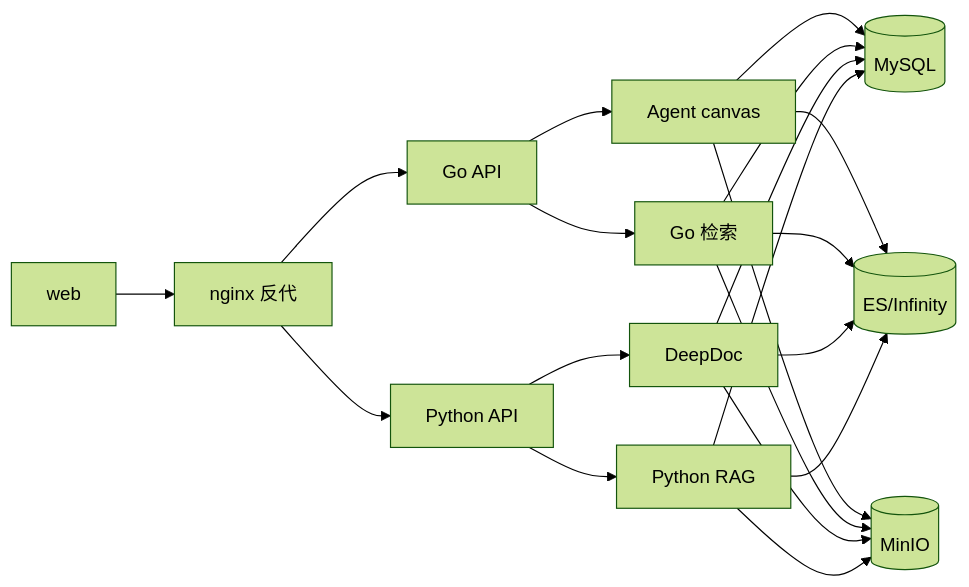
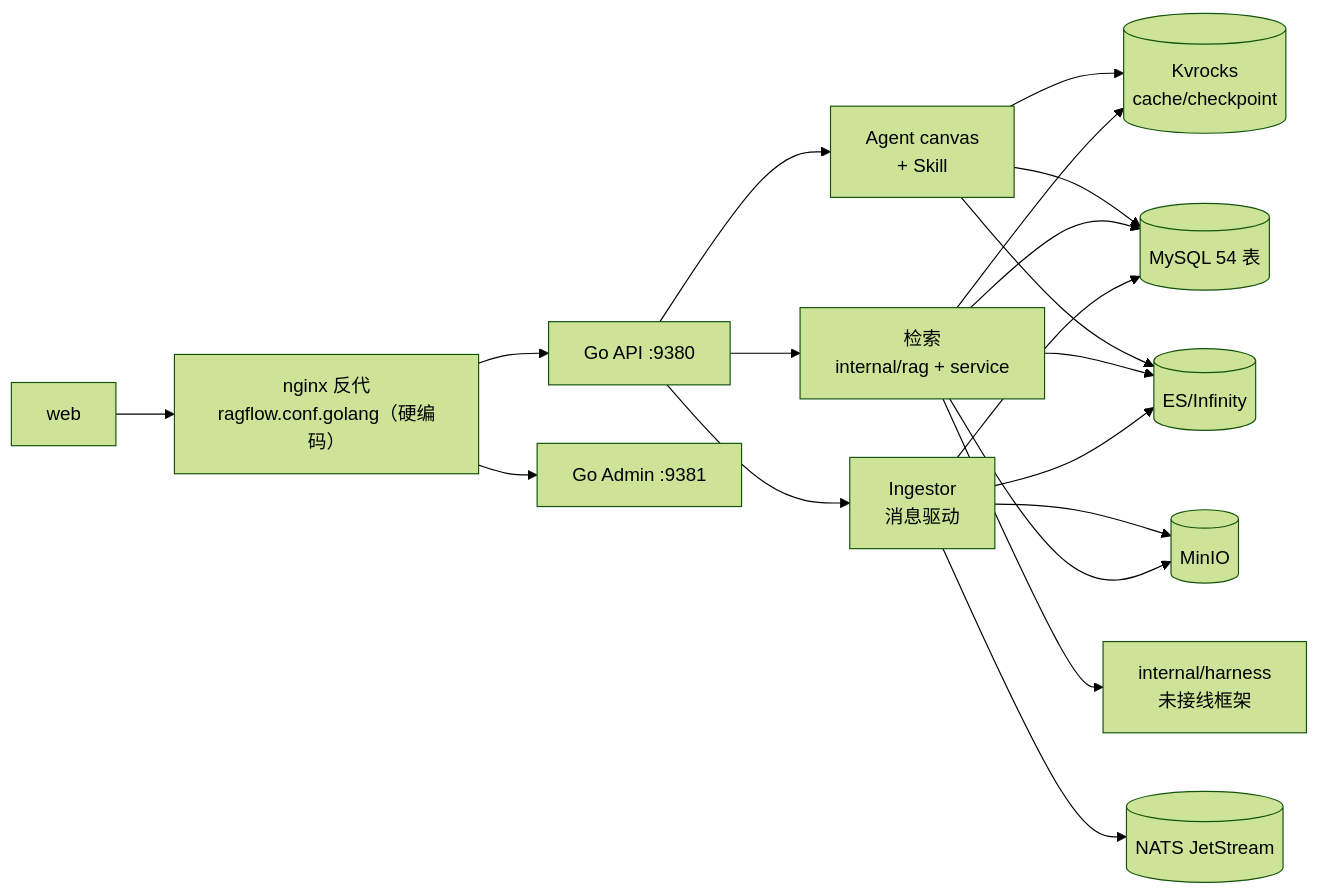
One commit to morehao/oss-insights changed the diagram in ai-agent/ragflow/README.md. Above: the diagram before and after it, drawn with Mermaid (forest theme). The commit also changed other lines of this file and 25 other files, not shown here.

First line of the commit message:
docs(ragflow): refresh insight docs for v1.0.0-rc1 Go rewrite and restructure architecture design (#50)

````diff
--- a/ai-agent/ragflow/README.md
+++ b/ai-agent/ragflow/README.md
@@ -63,22 +81,21 @@
 ```mermaid
 flowchart LR
-    W[web] --> NGINX[nginx 反代]
-    NGINX --> GOAPI[Go API]
-    NGINX --> PYAPI[Python API]
-    GOAPI --> AGENT[Agent canvas]
-    GOAPI --> RAGGO[Go 检索]
-    PYAPI --> DEEPDOC[DeepDoc]
-    PYAPI --> RAGCORE[Python RAG]
-    AGENT --> MYSQL[(MySQL)]
+    W[web] --> NGINX["nginx 反代<br>ragflow.conf.golang（硬编码）"]
+    NGINX --> GOAPI["Go API :9380"]
+    NGINX --> ADMIN["Go Admin :9381"]
+    GOAPI --> AGENT["Agent canvas<br>+ Skill"]
+    GOAPI --> RAGGO["检索<br>internal/rag + service"]
+    GOAPI --> INGEST["Ingestor<br>消息驱动"]
+    AGENT --> KV[("Kvrocks<br>cache/checkpoint")]
+    RAGGO --> KV
+    INGEST --> NQ[(NATS JetStream)]
+    AGENT --> MYSQL[(MySQL 54 表)]
     RAGGO --> MYSQL
-    DEEPDOC --> MYSQL
-    RAGCORE --> MYSQL
+    INGEST --> MYSQL
     AGENT --> ES[(ES/Infinity)]
     RAGGO --> ES
-    DEEPDOC --> ES
-    RAGCORE --> ES
-    AGENT --> MINIO[(MinIO)]
+    INGEST --> ES
+    INGEST --> MINIO[(MinIO)]
     RAGGO --> MINIO
-    DEEPDOC --> MINIO
-    RAGCORE --> MINIO
+    RAGGO --> ORPHAN["internal/harness<br>未接线框架"]
 ```
````
